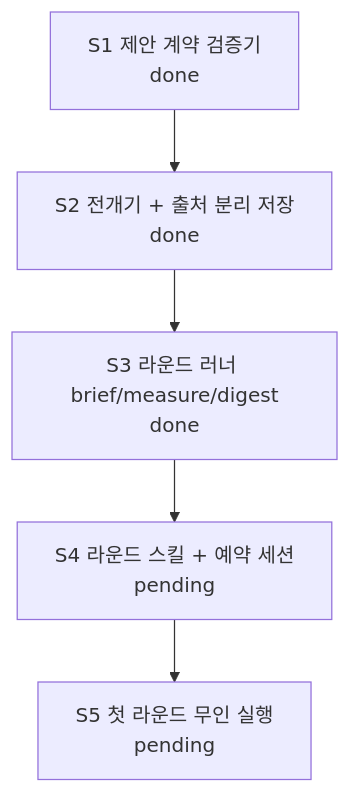
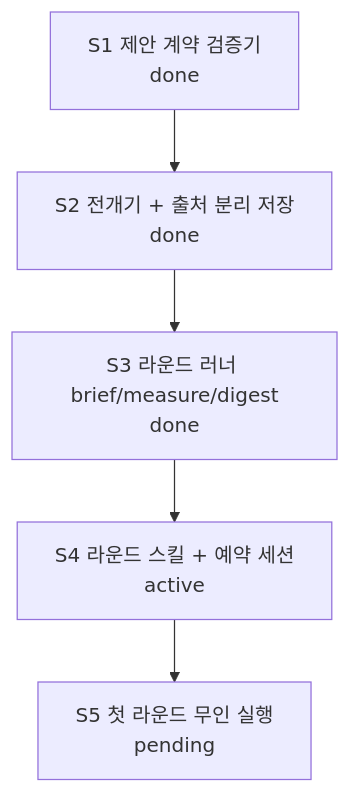
The diagram in docs/CURRENT-PLAN.md (skerfolg/poe2-ai-wiki), drawn with Mermaid before and after one commit. The commit also changed other lines of this file, not shown here.

````diff
--- a/docs/CURRENT-PLAN.md
+++ b/docs/CURRENT-PLAN.md
@@ -23,9 +23,9 @@
 ```mermaid
 flowchart TD
   CONTRACT[S1 제안 계약 검증기<br/>done]
   FLOW[S2 전개기 + 출처 분리 저장<br/>done]
   ROUND[S3 라운드 러너 brief/measure/digest<br/>done]
-  SKILL[S4 라운드 스킬 + 예약 세션<br/>pending]
+  SKILL[S4 라운드 스킬 + 예약 세션<br/>active]
   FIRST[S5 첫 라운드 무인 실행<br/>pending]
   CONTRACT --> FLOW --> ROUND --> SKILL --> FIRST
 ```
````
